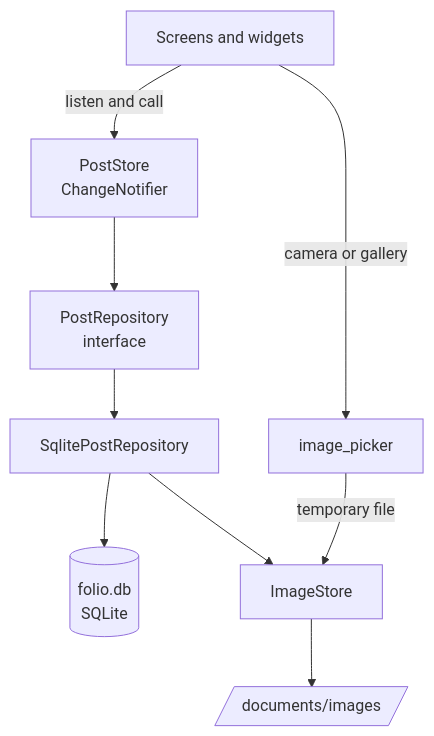
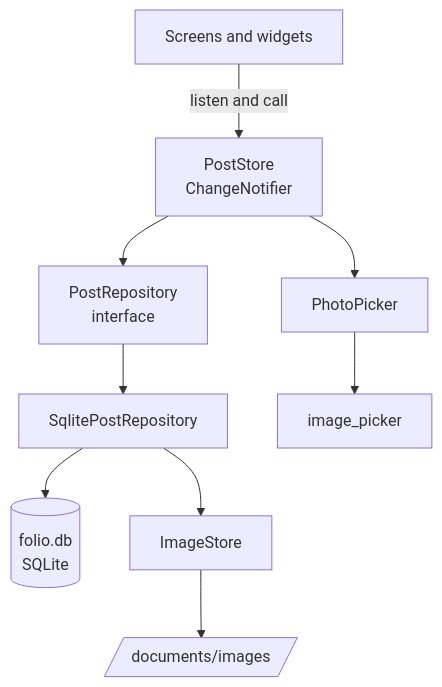
The first of 3 diagrams in ARCHITECTURE.md (baho-j/folio-blog), drawn with Mermaid before and after one commit. The commit also changed other lines of this file and 21 other files, not shown here.

Commit message:
add camera and gallery attachment

````diff
--- a/ARCHITECTURE.md
+++ b/ARCHITECTURE.md
@@ -83,11 +84,11 @@
 ```mermaid
 flowchart TD
     UI[Screens and widgets] -->|listen and call| Store[PostStore<br/>ChangeNotifier]
     Store --> Repo[PostRepository<br/>interface]
     Repo --> Sqlite[SqlitePostRepository]
     Sqlite --> DB[(folio.db<br/>SQLite)]
     Sqlite --> Images[ImageStore]
     Images --> Files[/documents/images/]
-    UI -->|camera or gallery| Picker[image_picker]
-    Picker -->|temporary file| Images
+    Store --> Photos[PhotoPicker]
+    Photos --> Picker[image_picker]
 ```
````
